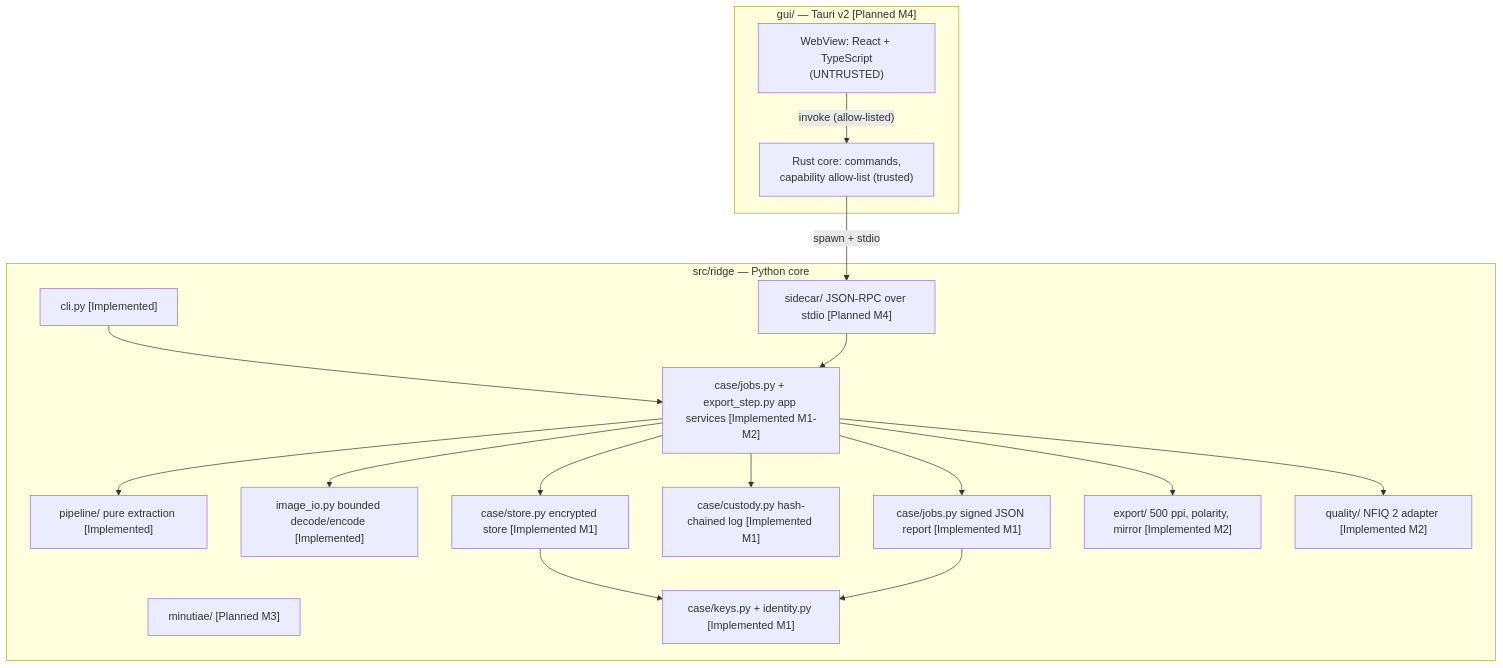
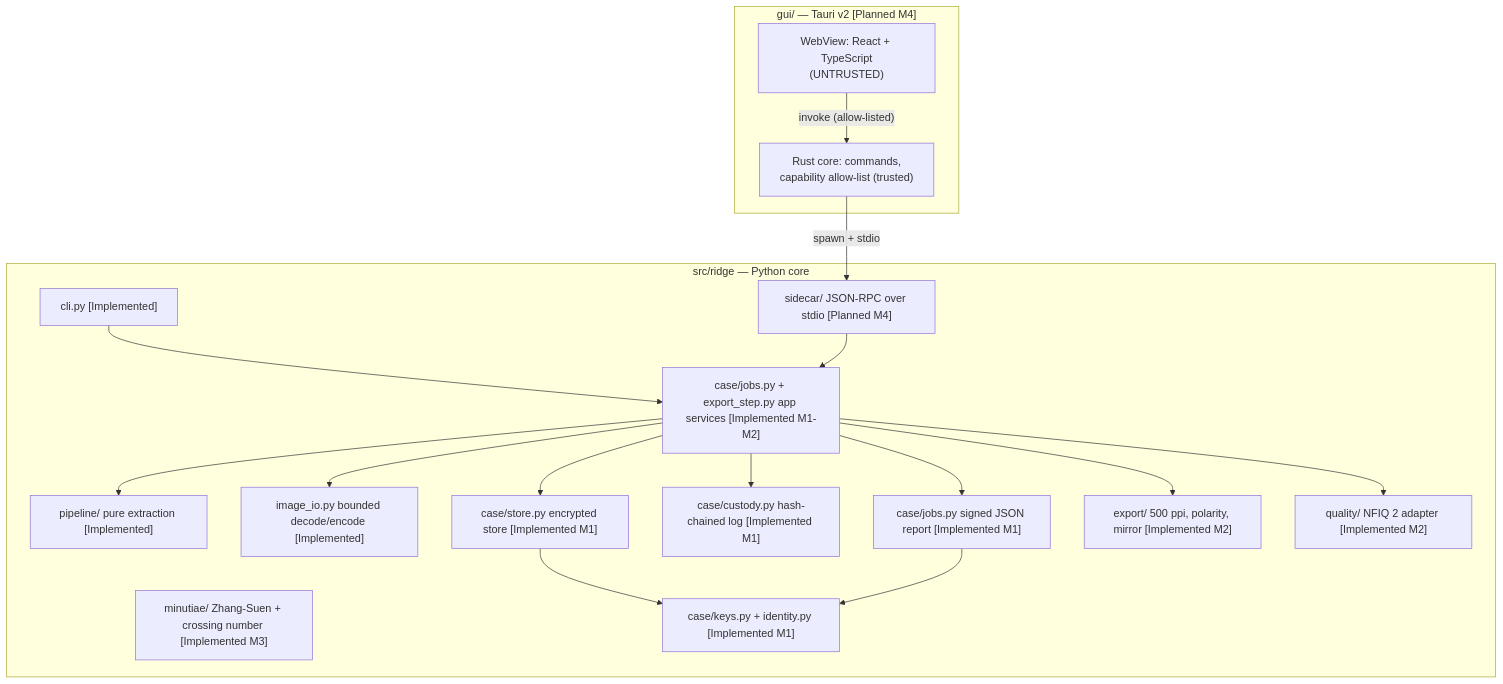
Before and after one commit to ZvonkoNS/Ridge: the second of 4 diagrams in docs/architecture.md, drawn with Mermaid. The commit also changed other lines of this file and 10 other files, not shown here.

````diff
--- a/docs/architecture.md
+++ b/docs/architecture.md
@@ -68,34 +68,34 @@
 ```mermaid
 flowchart TB
   subgraph GUI["gui/ — Tauri v2 [Planned M4]"]
     WV["WebView: React + TypeScript<br/>(UNTRUSTED)"]
     RC["Rust core: commands,<br/>capability allow-list (trusted)"]
   end
   subgraph PY["src/ridge — Python core"]
     CLI["cli.py [Implemented]"]
     SC["sidecar/ JSON-RPC over stdio [Planned M4]"]
     APP["case/jobs.py + export_step.py app services [Implemented M1-M2]"]
     PIPE["pipeline/ pure extraction [Implemented]"]
     IO["image_io.py bounded decode/encode [Implemented]"]
     CASE["case/store.py encrypted store [Implemented M1]"]
     CUST["case/custody.py hash-chained log [Implemented M1]"]
     REP["case/jobs.py signed JSON report [Implemented M1]"]
     EXP["export/ 500 ppi, polarity, mirror [Implemented M2]"]
     QLT["quality/ NFIQ 2 adapter [Implemented M2]"]
-    MIN["minutiae/ [Planned M3]"]
+    MIN["minutiae/ Zhang-Suen + crossing number [Implemented M3]"]
     KEY["case/keys.py + identity.py [Implemented M1]"]
   end
   WV -- "invoke (allow-listed)" --> RC
   RC -- "spawn + stdio" --> SC
   CLI --> APP
   SC --> APP
   APP --> PIPE
   APP --> IO
   APP --> CASE
   APP --> CUST
   APP --> REP
   APP --> EXP
   APP --> QLT
   CASE --> KEY
   REP --> KEY
 ```
````
